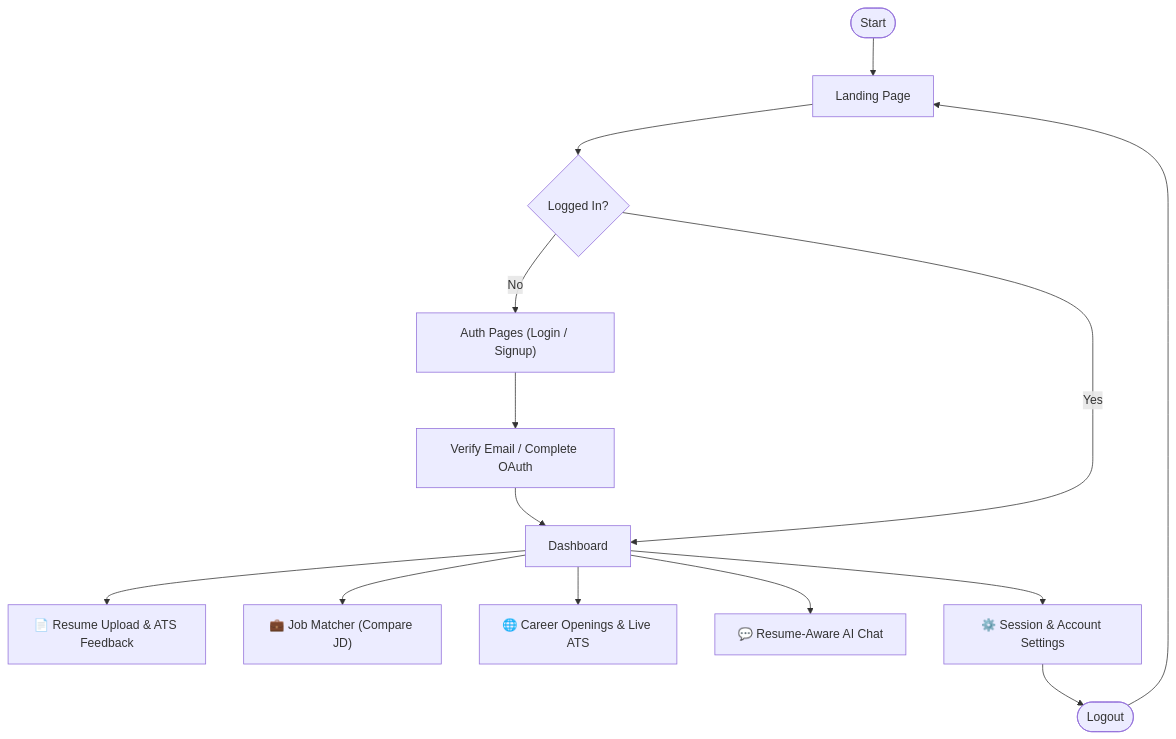
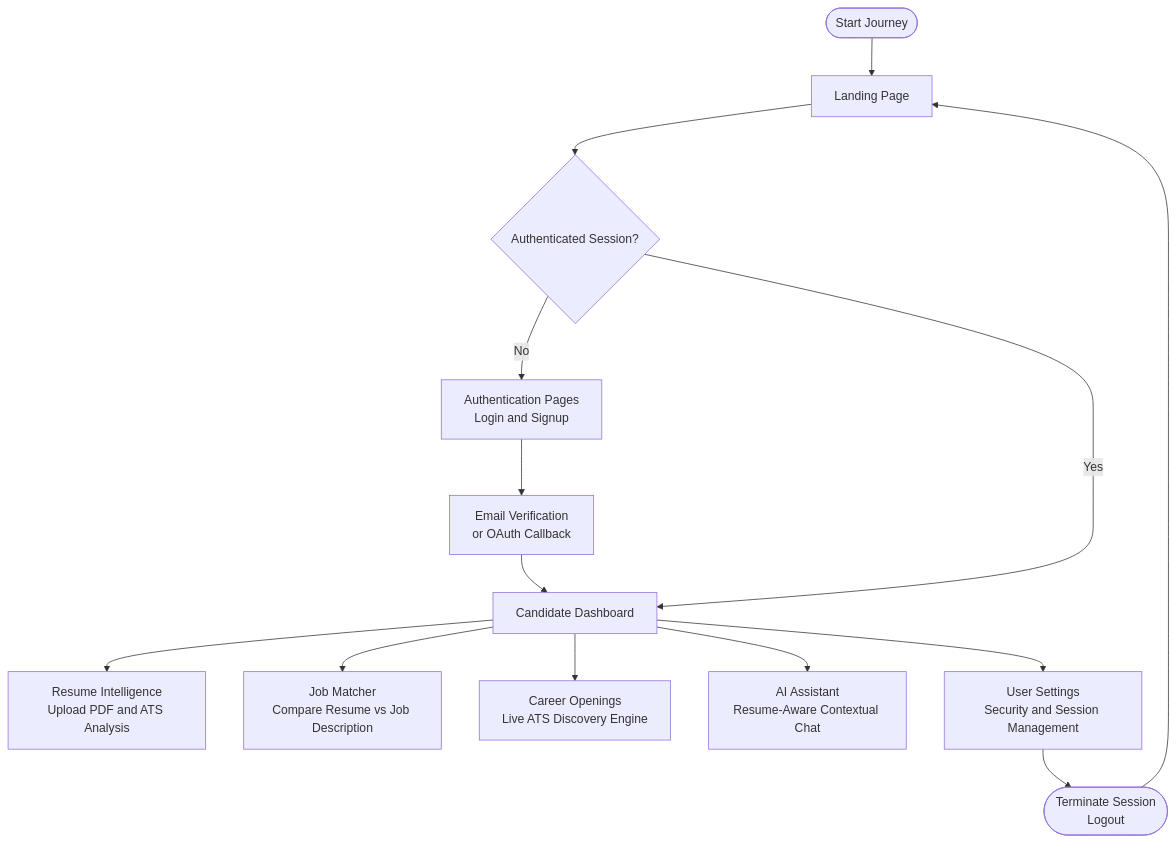
Before and after one commit to TusharSaini999/Resume-Saathi: the first of 2 diagrams in Databases/User-Flow-Diagram.md, drawn with Mermaid. The commit also changed other lines of this file and 5 other files, not shown here.

Commit message:
docs: remove emojis from all Mermaid diagrams and wrap text cleanly

````diff
--- a/Databases/User-Flow-Diagram.md
+++ b/Databases/User-Flow-Diagram.md
@@ -3,19 +3,19 @@
 ```mermaid
 flowchart TD
-  Start(["Start"]) --> Landing["Landing Page"]
-  Landing --> AuthCheck{"Logged In?"}
+  Start(["Start Journey"]) --> Landing["Landing Page"]
+  Landing --> AuthCheck{"Authenticated Session?"}
   
-  AuthCheck -->|No| AuthPages["Auth Pages (Login / Signup)"]
-  AuthPages --> Verify["Verify Email / Complete OAuth"]
-  Verify --> Dashboard["Dashboard"]
+  AuthCheck -->|No| AuthPages["Authentication Pages<br/>Login and Signup"]
+  AuthPages --> Verify["Email Verification<br/>or OAuth Callback"]
+  Verify --> Dashboard["Candidate Dashboard"]
   AuthCheck -->|Yes| Dashboard
 
-  Dashboard --> Resume["📄 Resume Upload & ATS Feedback"]
-  Dashboard --> Jobs["💼 Job Matcher (Compare JD)"]
-  Dashboard --> Career["🌐 Career Openings & Live ATS"]
-  Dashboard --> Chat["💬 Resume-Aware AI Chat"]
-  Dashboard --> Settings["⚙️ Session & Account Settings"]
+  Dashboard --> Resume["Resume Intelligence<br/>Upload PDF and ATS Analysis"]
+  Dashboard --> Jobs["Job Matcher<br/>Compare Resume vs Job Description"]
+  Dashboard --> Career["Career Openings<br/>Live ATS Discovery Engine"]
+  Dashboard --> Chat["AI Assistant<br/>Resume-Aware Contextual Chat"]
+  Dashboard --> Settings["User Settings<br/>Security and Session Management"]
   
-  Settings --> Logout(["Logout"])
+  Settings --> Logout(["Terminate Session<br/>Logout"])
   Logout --> Landing
 ```
````
